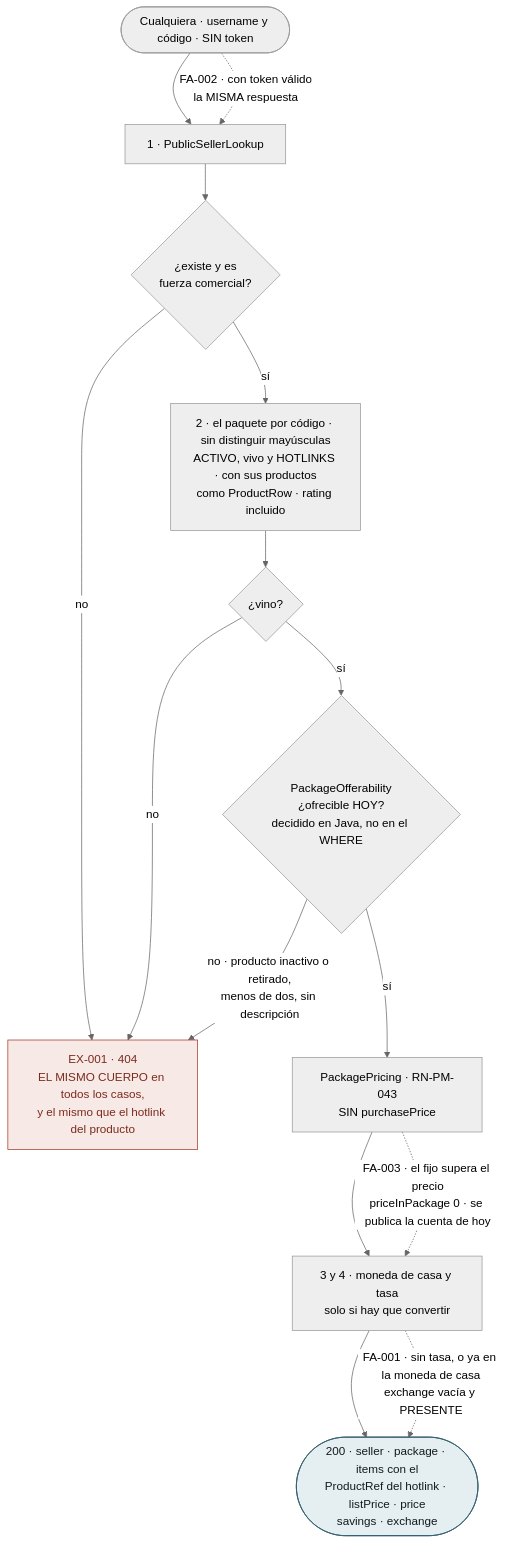
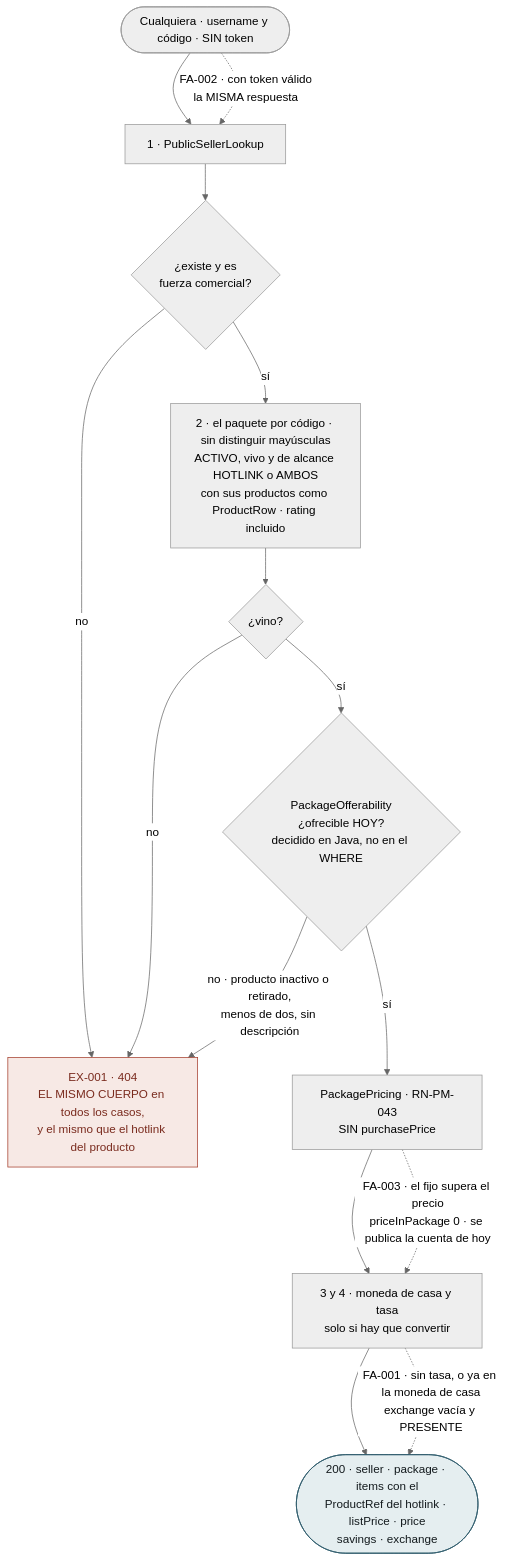
Before and after one commit to NexusPro-Dev/backend: diagram 17 of 18 in docs/flujos/pm/flujos-por-caso.md, drawn with Mermaid (neutral theme). The commit also changed other lines of this file and 31 other files, not shown here.

````diff
--- a/docs/flujos/pm/flujos-por-caso.md
+++ b/docs/flujos/pm/flujos-por-caso.md
@@ -570,23 +570,23 @@
 ```mermaid
 flowchart TD
     A(["Cualquiera · username y código · SIN token"])
     A --> S1["1 · PublicSellerLookup"]
     S1 --> V1{"¿existe y es<br/>fuerza comercial?"}
     V1 -->|no| E["EX-001 · 404<br/>EL MISMO CUERPO en todos los casos,<br/>y el mismo que el hotlink del producto"]
-    V1 -->|sí| S2["2 · el paquete por código · sin distinguir mayúsculas<br/>ACTIVO, vivo y HOTLINKS · con sus productos<br/>como ProductRow · rating incluido"]
+    V1 -->|sí| S2["2 · el paquete por código · sin distinguir mayúsculas<br/>ACTIVO, vivo y de alcance HOTLINK o AMBOS<br/>con sus productos como ProductRow · rating incluido"]
     S2 --> V2{"¿vino?"}
     V2 -->|no| E
     V2 -->|sí| O{"PackageOfferability<br/>¿ofrecible HOY?<br/>decidido en Java, no en el WHERE"}
     O -->|"no · producto inactivo o retirado,<br/>menos de dos, sin descripción"| E
     O -->|"sí"| C["PackagePricing · RN-PM-043<br/>SIN purchasePrice"]
     C --> X["3 y 4 · moneda de casa y tasa<br/>solo si hay que convertir"]
     X --> FIN(["200 · seller · package · items con el<br/>ProductRef del hotlink · listPrice · price<br/>savings · exchange"])
     X -.->|"FA-001 · sin tasa, o ya en la moneda de casa<br/>exchange vacía y PRESENTE"| FIN
     A -.->|"FA-002 · con token válido<br/>la MISMA respuesta"| S1
     C -.->|"FA-003 · el fijo supera el precio<br/>priceInPackage 0 · se publica la cuenta de hoy"| X
 
     classDef ex fill:#F7E9E5,stroke:#A33B2A,color:#7A2B1E
     classDef ok fill:#E5EEF0,stroke:#2D5A6B,color:#141B1E
     class E ex
     class FIN ok
 ```
````
